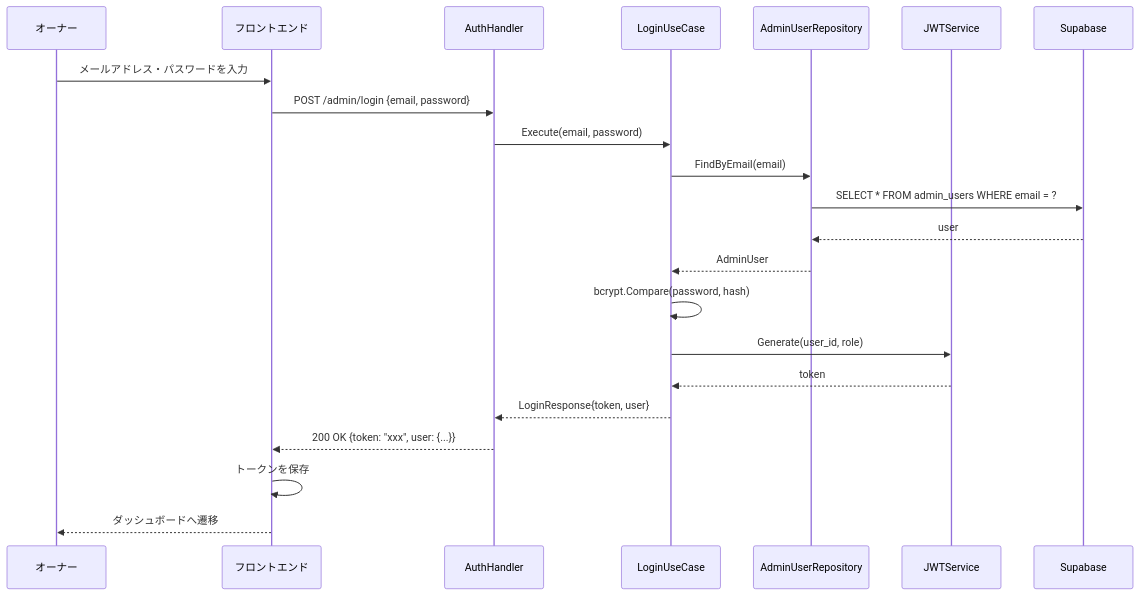
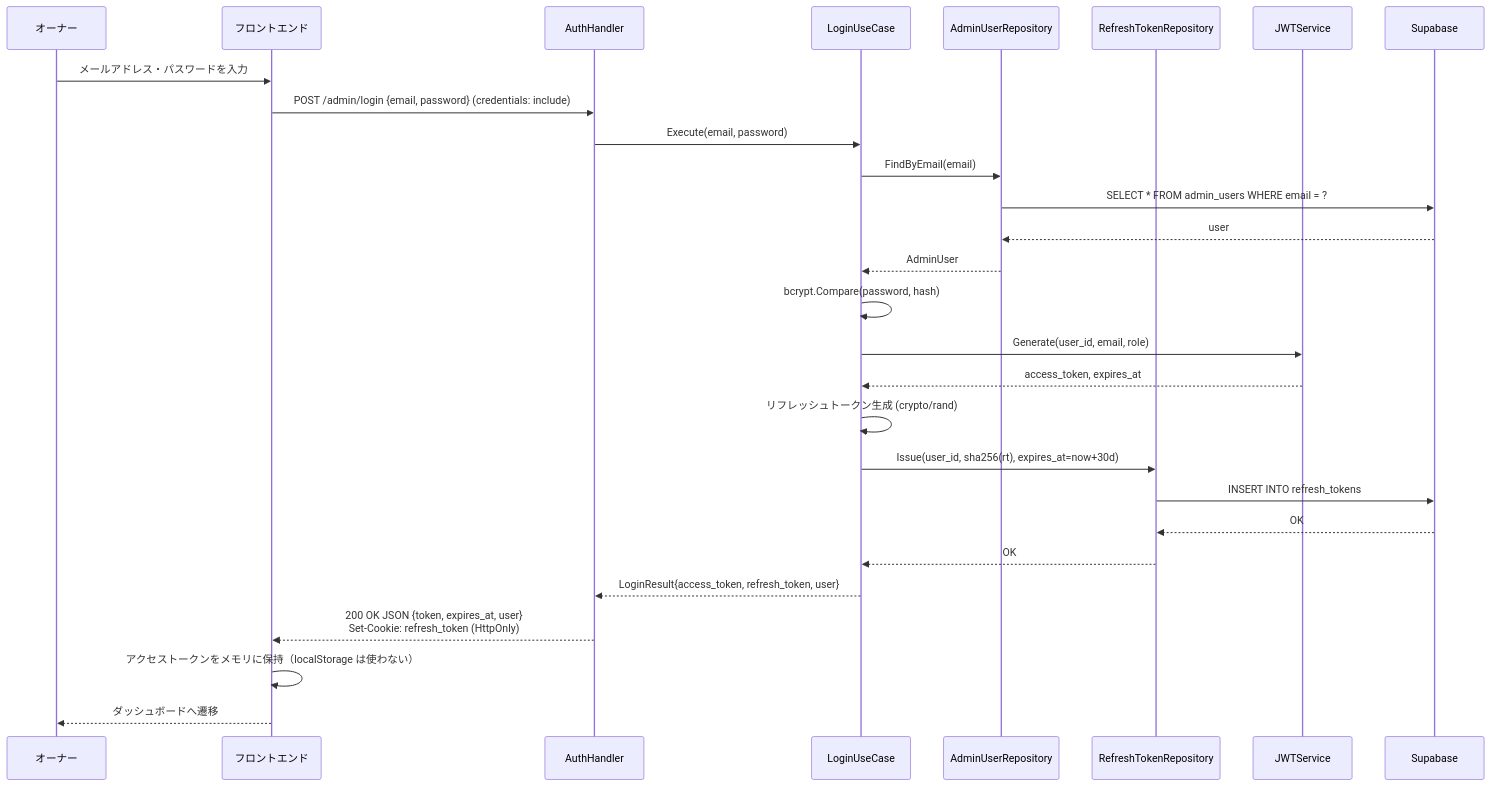
One commit to cergijame101007/satehits changed the fourth of 16 diagrams in docs/sequence.md. Above: the diagram before and after it, drawn with Mermaid. The commit also changed other lines of this file and 40 other files, not shown here.

````diff
--- a/docs/sequence.md
+++ b/docs/sequence.md
@@ -119,29 +119,35 @@
 ```mermaid
 sequenceDiagram
     participant Owner as オーナー
     participant Frontend as フロントエンド
     participant Handler as AuthHandler
     participant UseCase as LoginUseCase
     participant AdminUserRepo as AdminUserRepository
+    participant RefreshRepo as RefreshTokenRepository
     participant JWT as JWTService
     participant DB as Supabase
 
     Owner->>Frontend: メールアドレス・パスワードを入力
-    Frontend->>Handler: POST /admin/login {email, password}
+    Frontend->>Handler: POST /admin/login {email, password} (credentials: include)
     
     Handler->>UseCase: Execute(email, password)
     
     UseCase->>AdminUserRepo: FindByEmail(email)
     AdminUserRepo->>DB: SELECT * FROM admin_users WHERE email = ?
     DB-->>AdminUserRepo: user
     AdminUserRepo-->>UseCase: AdminUser
     
     UseCase->>UseCase: bcrypt.Compare(password, hash)
-    UseCase->>JWT: Generate(user_id, role)
-    JWT-->>UseCase: token
+    UseCase->>JWT: Generate(user_id, email, role)
+    JWT-->>UseCase: access_token, expires_at
+    UseCase->>UseCase: リフレッシュトークン生成 (crypto/rand)
+    UseCase->>RefreshRepo: Issue(user_id, sha256(rt), expires_at=now+30d)
+    RefreshRepo->>DB: INSERT INTO refresh_tokens
+    DB-->>RefreshRepo: OK
+    RefreshRepo-->>UseCase: OK
     
-    UseCase-->>Handler: LoginResponse{token, user}
-    Handler-->>Frontend: 200 OK {token: "xxx", user: {...}}
-    Frontend->>Frontend: トークンを保存
+    UseCase-->>Handler: LoginResult{access_token, refresh_token, user}
+    Handler-->>Frontend: 200 OK JSON {token, expires_at, user}<br/>Set-Cookie: refresh_token (HttpOnly)
+    Frontend->>Frontend: アクセストークンをメモリに保持（localStorage は使わない）
     Frontend-->>Owner: ダッシュボードへ遷移
 ```
````
